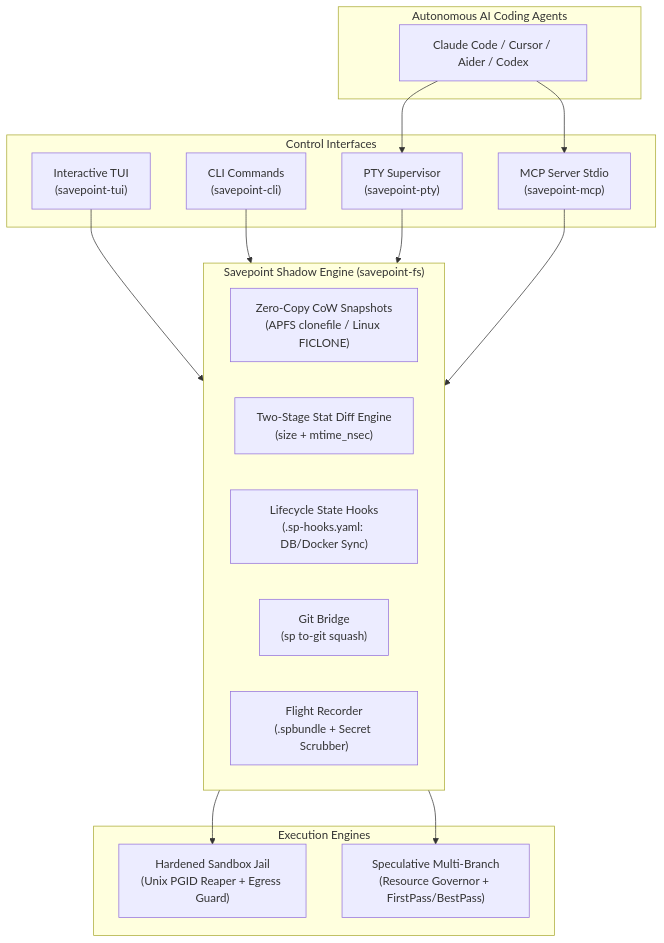
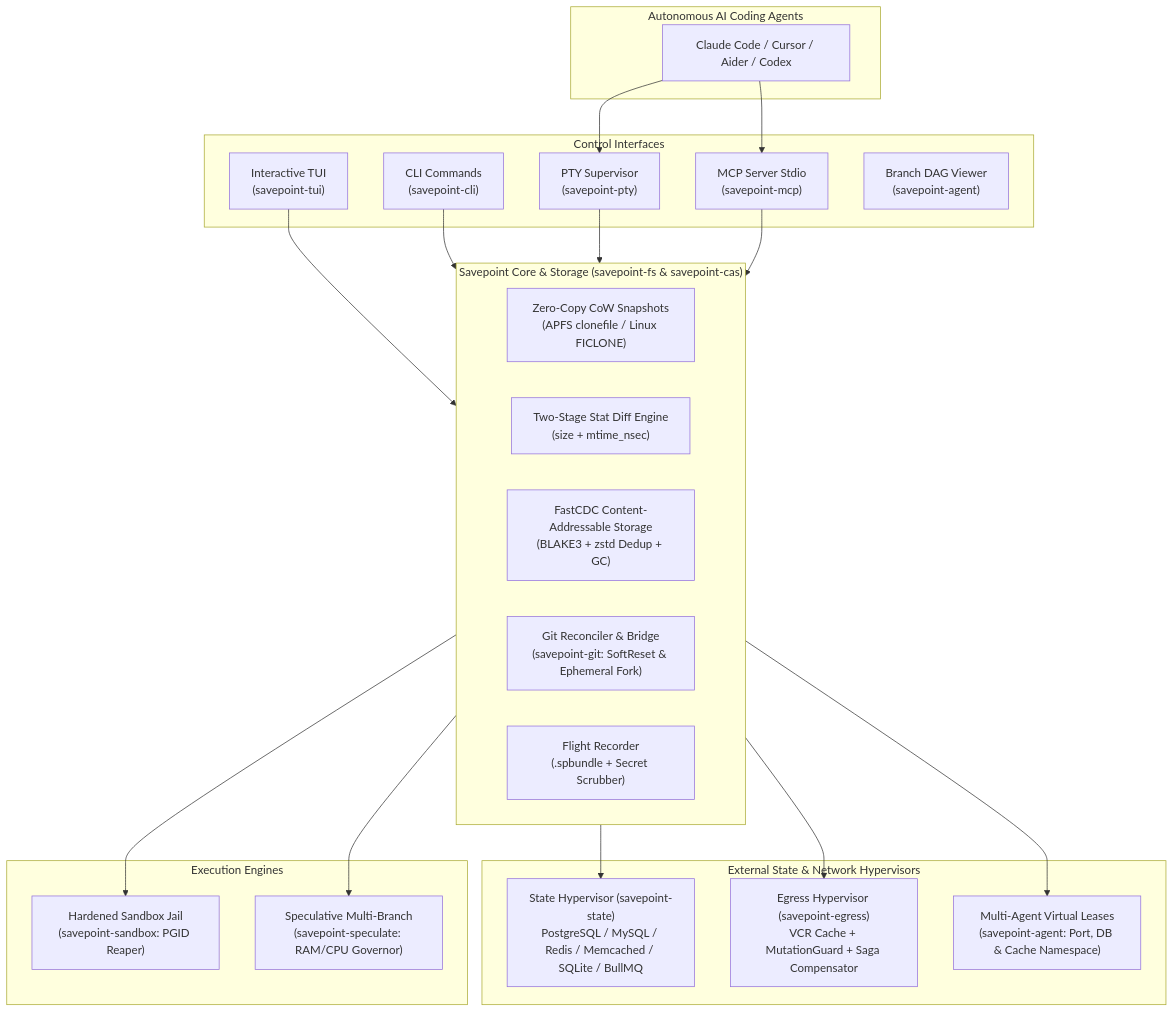
Before and after one commit to longlee218/savepoint: the diagram in README.md, drawn with Mermaid. The commit also changed other lines of this file and 12 other files, not shown here.

Commit message:
feat(agent): implement multi-agent virtual leases and branch DAG visualizer (Task 6)

````diff
--- a/README.md
+++ b/README.md
@@ -33,35 +33,45 @@
 ```mermaid
 flowchart TD
     subgraph Agents ["Autonomous AI Coding Agents"]
         Agent["Claude Code / Cursor / Aider / Codex"]
     end
 
     subgraph Interfaces ["Control Interfaces"]
         PTY["PTY Supervisor<br/>(savepoint-pty)"]
         MCP["MCP Server Stdio<br/>(savepoint-mcp)"]
         TUI["Interactive TUI<br/>(savepoint-tui)"]
         CLI["CLI Commands<br/>(savepoint-cli)"]
+        DAG["Branch DAG Viewer<br/>(savepoint-agent)"]
     end
 
-    subgraph Core ["Savepoint Shadow Engine (savepoint-fs)"]
+    subgraph Core ["Savepoint Core & Storage (savepoint-fs & savepoint-cas)"]
         CoW["Zero-Copy CoW Snapshots<br/>(APFS clonefile / Linux FICLONE)"]
         DiffEngine["Two-Stage Stat Diff Engine<br/>(size + mtime_nsec)"]
-        Hooks["Lifecycle State Hooks<br/>(.sp-hooks.yaml: DB/Docker Sync)"]
-        GitBridge["Git Bridge<br/>(sp to-git squash)"]
+        CAS["FastCDC Content-Addressable Storage<br/>(BLAKE3 + zstd Dedup + GC)"]
+        GitBridge["Git Reconciler & Bridge<br/>(savepoint-git: SoftReset & Ephemeral Fork)"]
         Flight["Flight Recorder<br/>(.spbundle + Secret Scrubber)"]
     end
 
+    subgraph Hypervisors ["External State & Network Hypervisors"]
+        State["State Hypervisor (savepoint-state)<br/>PostgreSQL / MySQL / Redis / Memcached / SQLite / BullMQ"]
+        Egress["Egress Hypervisor (savepoint-egress)<br/>VCR Cache + MutationGuard + Saga Compensator"]
+        Lease["Multi-Agent Virtual Leases<br/>(savepoint-agent: Port, DB & Cache Namespace)"]
+    end
+
     subgraph Execution ["Execution Engines"]
-        Sandbox["Hardened Sandbox Jail<br/>(Unix PGID Reaper + Egress Guard)"]
-        Speculate["Speculative Multi-Branch<br/>(Resource Governor + FirstPass/BestPass)"]
+        Sandbox["Hardened Sandbox Jail<br/>(savepoint-sandbox: PGID Reaper)"]
+        Speculate["Speculative Multi-Branch<br/>(savepoint-speculate: RAM/CPU Governor)"]
     end
 
     Agent --> PTY
     Agent --> MCP
     TUI --> Core
     CLI --> Core
     PTY --> Core
     MCP --> Core
+    Core --> State
+    Core --> Egress
+    Core --> Lease
     Core --> Sandbox
     Core --> Speculate
 ```
````
